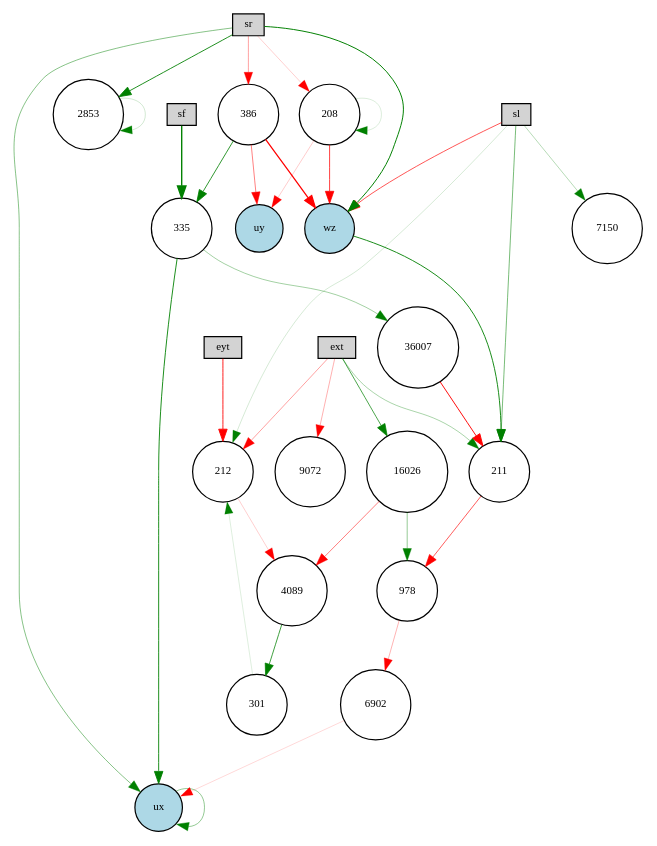
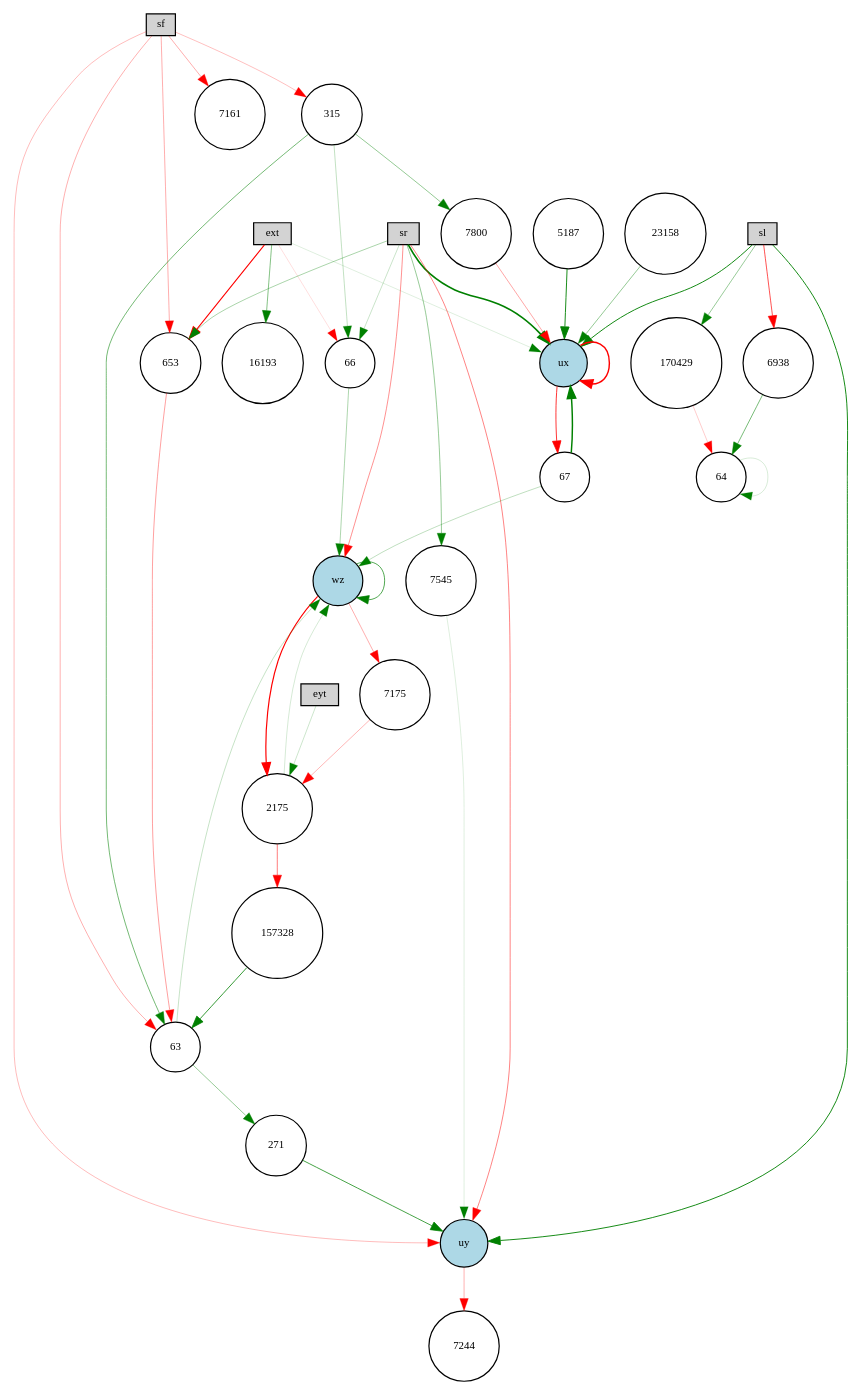
Before and after one commit to KaiL4eK/autopilot_simulator: the diagram in pictures_ctrnn/winner-feedforward-enabled.gv, drawn with Graphviz. The commit also changed 11 other files, not shown here.

```diff
--- a/pictures_ctrnn/winner-feedforward-enabled.gv
+++ b/pictures_ctrnn/winner-feedforward-enabled.gv
@@ -1,60 +1,77 @@
 digraph {
 	node [fontsize=9 height=0.2 shape=circle width=0.2]
 	ext [fillcolor=lightgray shape=box style=filled]
 	eyt [fillcolor=lightgray shape=box style=filled]
 	sf [fillcolor=lightgray shape=box style=filled]
 	sl [fillcolor=lightgray shape=box style=filled]
 	sr [fillcolor=lightgray shape=box style=filled]
 	ux [fillcolor=lightblue style=filled]
 	uy [fillcolor=lightblue style=filled]
 	wz [fillcolor=lightblue style=filled]
-	386 [fillcolor=white style=filled]
-	2853 [fillcolor=white style=filled]
-	36007 [fillcolor=white style=filled]
-	301 [fillcolor=white style=filled]
-	7150 [fillcolor=white style=filled]
-	335 [fillcolor=white style=filled]
-	9072 [fillcolor=white style=filled]
-	208 [fillcolor=white style=filled]
-	978 [fillcolor=white style=filled]
-	211 [fillcolor=white style=filled]
-	212 [fillcolor=white style=filled]
-	6902 [fillcolor=white style=filled]
-	4089 [fillcolor=white style=filled]
-	16026 [fillcolor=white style=filled]
-	386 -> wz [color=red penwidth=1.02914664384311 style=solid]
-	208 -> 208 [color=green penwidth=0.12073534691310868 style=solid]
-	386 -> uy [color=red penwidth=0.4105884932572834 style=solid]
-	sl -> wz [color=red penwidth=0.5496950422806238 style=solid]
-	ext -> 211 [color=green penwidth=0.28365806303192254 style=solid]
-	sl -> 7150 [color=green penwidth=0.23907480415594226 style=solid]
-	301 -> 212 [color=green penwidth=0.10830517506369285 style=solid]
-	16026 -> 978 [color=green penwidth=0.34529936934343763 style=solid]
-	211 -> 978 [color=red penwidth=0.5287129851371032 style=solid]
-	212 -> 4089 [color=red penwidth=0.16391255912445493 style=solid]
-	208 -> uy [color=red penwidth=0.16696004971209716 style=solid]
-	sr -> 2853 [color=green penwidth=0.7201278862645386 style=solid]
-	386 -> 335 [color=green penwidth=0.6692263836319519 style=solid]
-	6902 -> ux [color=red penwidth=0.1321698988452042 style=solid]
-	16026 -> 4089 [color=red penwidth=0.4188540350885498 style=solid]
-	335 -> 36007 [color=green penwidth=0.2988822791078145 style=solid]
-	sr -> ux [color=green penwidth=0.3855277622251545 style=solid]
-	ux -> ux [color=green penwidth=0.34618834987796154 style=solid]
-	208 -> wz [color=red penwidth=0.6167673461514973 style=solid]
-	sr -> 208 [color=red penwidth=0.15827922094215335 style=solid]
-	978 -> 6902 [color=red penwidth=0.24633278267917993 style=solid]
-	sr -> wz [color=green penwidth=0.8133770746288559 style=solid]
-	ext -> 16026 [color=green penwidth=0.5814765126773118 style=solid]
-	wz -> 211 [color=green penwidth=0.7393958235455518 style=solid]
-	2853 -> 2853 [color=green penwidth=0.14711751377486662 style=solid]
-	36007 -> 211 [color=red penwidth=0.7819026911240888 style=solid]
-	eyt -> 212 [color=red penwidth=0.7283500133454999 style=solid]
-	335 -> ux [color=green penwidth=0.7258815347054764 style=solid]
-	4089 -> 301 [color=green penwidth=0.6230515631438672 style=solid]
-	sl -> 212 [color=green penwidth=0.14363406618982288 style=solid]
-	sl -> 211 [color=green penwidth=0.4429768169304118 style=solid]
-	ext -> 212 [color=red penwidth=0.3056377460065077 style=solid]
-	sr -> 386 [color=red penwidth=0.30984706531925477 style=solid]
-	sf -> 335 [color=green penwidth=1.132572668482337 style=solid]
-	ext -> 9072 [color=red penwidth=0.2634331358900615 style=solid]
+	7175 [fillcolor=white style=filled]
+	653 [fillcolor=white style=filled]
+	271 [fillcolor=white style=filled]
+	157328 [fillcolor=white style=filled]
+	6938 [fillcolor=white style=filled]
+	315 [fillcolor=white style=filled]
+	7161 [fillcolor=white style=filled]
+	170429 [fillcolor=white style=filled]
+	63 [fillcolor=white style=filled]
+	64 [fillcolor=white style=filled]
+	16193 [fillcolor=white style=filled]
+	66 [fillcolor=white style=filled]
+	67 [fillcolor=white style=filled]
+	5187 [fillcolor=white style=filled]
+	7244 [fillcolor=white style=filled]
+	23158 [fillcolor=white style=filled]
+	7800 [fillcolor=white style=filled]
+	7545 [fillcolor=white style=filled]
+	2175 [fillcolor=white style=filled]
+	67 -> wz [color=green penwidth=0.2062461114150477 style=solid]
+	ext -> ux [color=green penwidth=0.11359205909190156 style=solid]
+	sl -> 170429 [color=green penwidth=0.3400980799384666 style=solid]
+	6938 -> 64 [color=green penwidth=0.4438829615247344 style=solid]
+	ext -> 66 [color=red penwidth=0.10761049150798892 style=solid]
+	271 -> uy [color=green penwidth=0.5969707634314141 style=solid]
+	64 -> 64 [color=green penwidth=0.13413726119330655 style=solid]
+	63 -> wz [color=green penwidth=0.19471081257078288 style=solid]
+	sf -> 7161 [color=red penwidth=0.2676674192901143 style=solid]
+	653 -> 63 [color=red penwidth=0.30784228001827946 style=solid]
+	sr -> uy [color=red penwidth=0.4017704677895698 style=solid]
+	uy -> 7244 [color=red penwidth=0.2579514397384086 style=solid]
+	sf -> 63 [color=red penwidth=0.2572961069913665 style=solid]
+	sr -> 653 [color=green penwidth=0.27664399280899427 style=solid]
+	5187 -> ux [color=green penwidth=0.736904081014692 style=solid]
+	sr -> 66 [color=green penwidth=0.17950557077201085 style=solid]
+	sf -> 315 [color=red penwidth=0.20540131993062738 style=solid]
+	7175 -> 2175 [color=red penwidth=0.24201880275402057 style=solid]
+	23158 -> ux [color=green penwidth=0.3467856898764944 style=solid]
+	sr -> ux [color=green penwidth=1.3620998109069102 style=solid]
+	ux -> ux [color=red penwidth=1.1751952469018536 style=solid]
+	157328 -> 63 [color=green penwidth=0.6454175167082896 style=solid]
+	67 -> ux [color=green penwidth=1.2051377123058542 style=solid]
+	2175 -> 157328 [color=red penwidth=0.43021445168853756 style=solid]
+	wz -> wz [color=green penwidth=0.5578715871762079 style=solid]
+	sf -> uy [color=red penwidth=0.2190906137268777 style=solid]
+	eyt -> 2175 [color=green penwidth=0.17191433098625755 style=solid]
+	2175 -> wz [color=green penwidth=0.14483964217910422 style=solid]
+	sl -> ux [color=green penwidth=0.7590097366087077 style=solid]
+	ux -> 67 [color=red penwidth=0.6515883248668916 style=solid]
+	sr -> wz [color=red penwidth=0.3613690703523309 style=solid]
+	wz -> 7175 [color=red penwidth=0.26829045817327024 style=solid]
+	sf -> 653 [color=red penwidth=0.2695739101586655 style=solid]
+	ext -> 16193 [color=green penwidth=0.40008746872294143 style=solid]
+	7800 -> ux [color=red penwidth=0.29116622285256644 style=solid]
+	wz -> 2175 [color=red penwidth=0.9776073289181887 style=solid]
+	sr -> 7545 [color=green penwidth=0.3449039691067439 style=solid]
+	315 -> 7800 [color=green penwidth=0.34728034071637803 style=solid]
+	63 -> 271 [color=green penwidth=0.34469138604798616 style=solid]
+	170429 -> 64 [color=red penwidth=0.171633468158231 style=solid]
+	sl -> uy [color=green penwidth=0.7543775674750699 style=solid]
+	7545 -> uy [color=green penwidth=0.1093251955291322 style=solid]
+	66 -> wz [color=green penwidth=0.26696163095569936 style=solid]
+	315 -> 63 [color=green penwidth=0.45072125757342096 style=solid]
+	sl -> 6938 [color=red penwidth=0.5649168966344539 style=solid]
+	315 -> 66 [color=green penwidth=0.19790090093839233 style=solid]
+	ext -> 653 [color=red penwidth=0.872336963494515 style=solid]
 }
```
